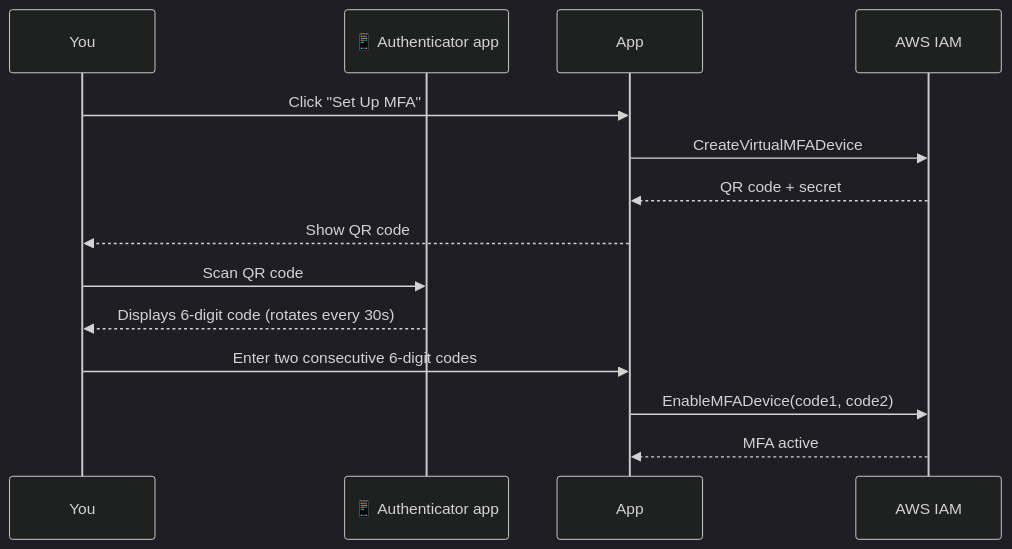
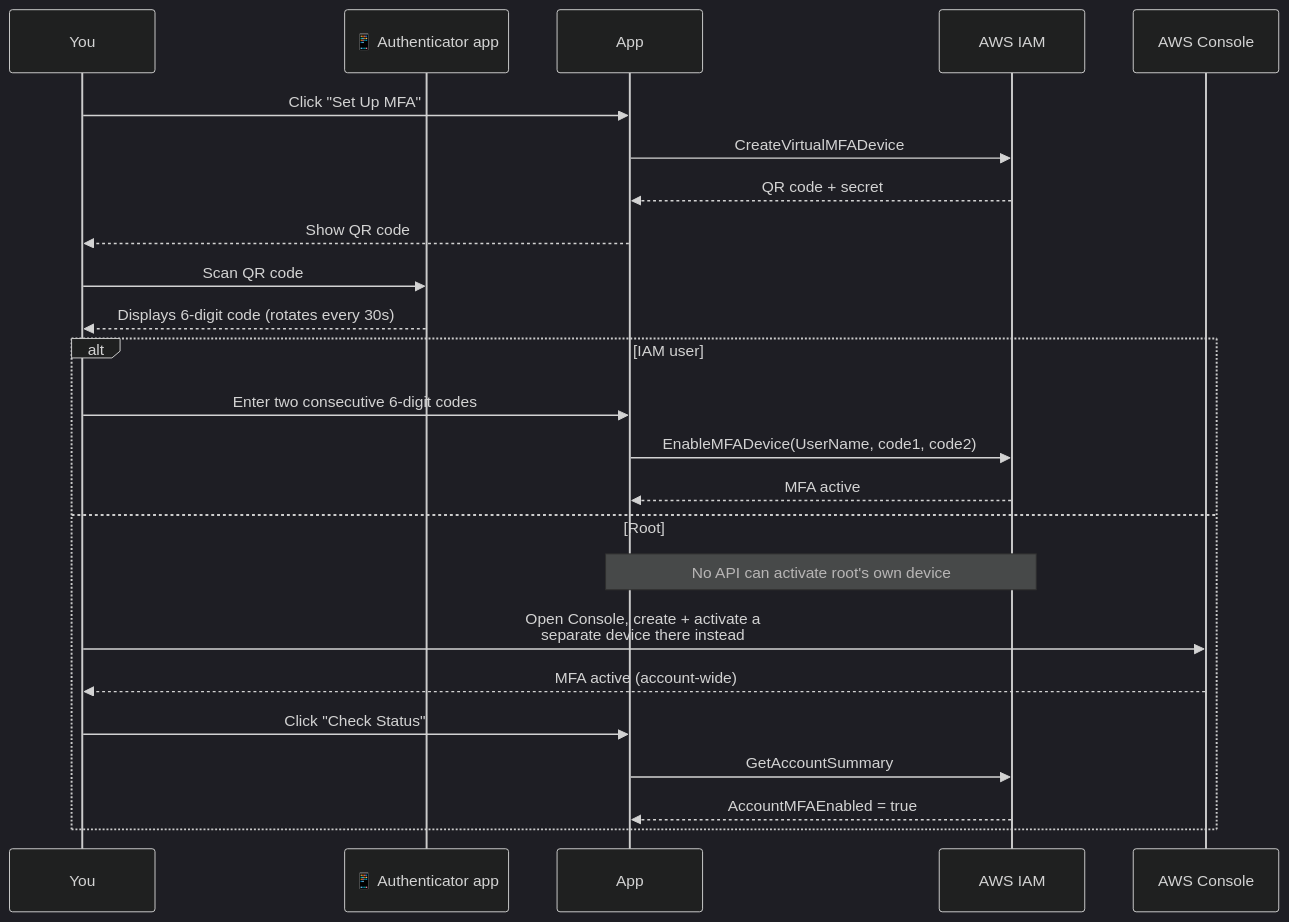
One commit to maxmin13/AwsBoxAutomation changed the second of 6 diagrams in docs/MFA_SESSION_MECHANISM.md. Above: the diagram before and after it, drawn with Mermaid. The commit also changed other lines of this file and 13 other files, not shown here.

First line of the commit message:
Add IAM access key rotation, harden IAM user provisioning, add Costs page

````diff
--- a/docs/MFA_SESSION_MECHANISM.md
+++ b/docs/MFA_SESSION_MECHANISM.md
@@ -33,18 +37,28 @@
 ```mermaid
 %%{init: {'theme': 'dark'}}%%
 sequenceDiagram
     participant You
     participant Phone as 📱 Authenticator app
     participant App
     participant AWS as AWS IAM
+    participant Console as AWS Console
 
     You->>App: Click "Set Up MFA"
     App->>AWS: CreateVirtualMFADevice
     AWS-->>App: QR code + secret
     App-->>You: Show QR code
     You->>Phone: Scan QR code
     Phone-->>You: Displays 6-digit code (rotates every 30s)
-    You->>App: Enter two consecutive 6-digit codes
-    App->>AWS: EnableMFADevice(code1, code2)
-    AWS-->>App: MFA active
+    alt IAM user
+        You->>App: Enter two consecutive 6-digit codes
+        App->>AWS: EnableMFADevice(UserName, code1, code2)
+        AWS-->>App: MFA active
+    else Root
+        Note over App,AWS: No API can activate root's own device
+        You->>Console: Open Console, create + activate a<br/>separate device there instead
+        Console-->>You: MFA active (account-wide)
+        You->>App: Click "Check Status"
+        App->>AWS: GetAccountSummary
+        AWS-->>App: AccountMFAEnabled = true
+    end
 ```
````
